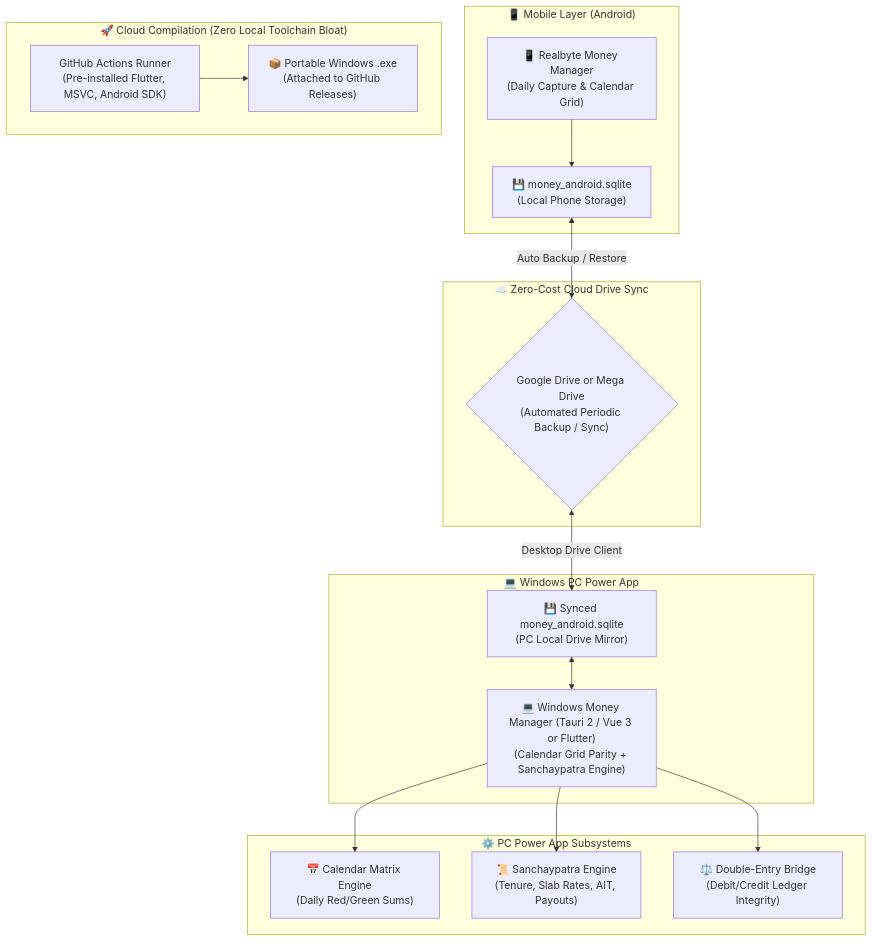
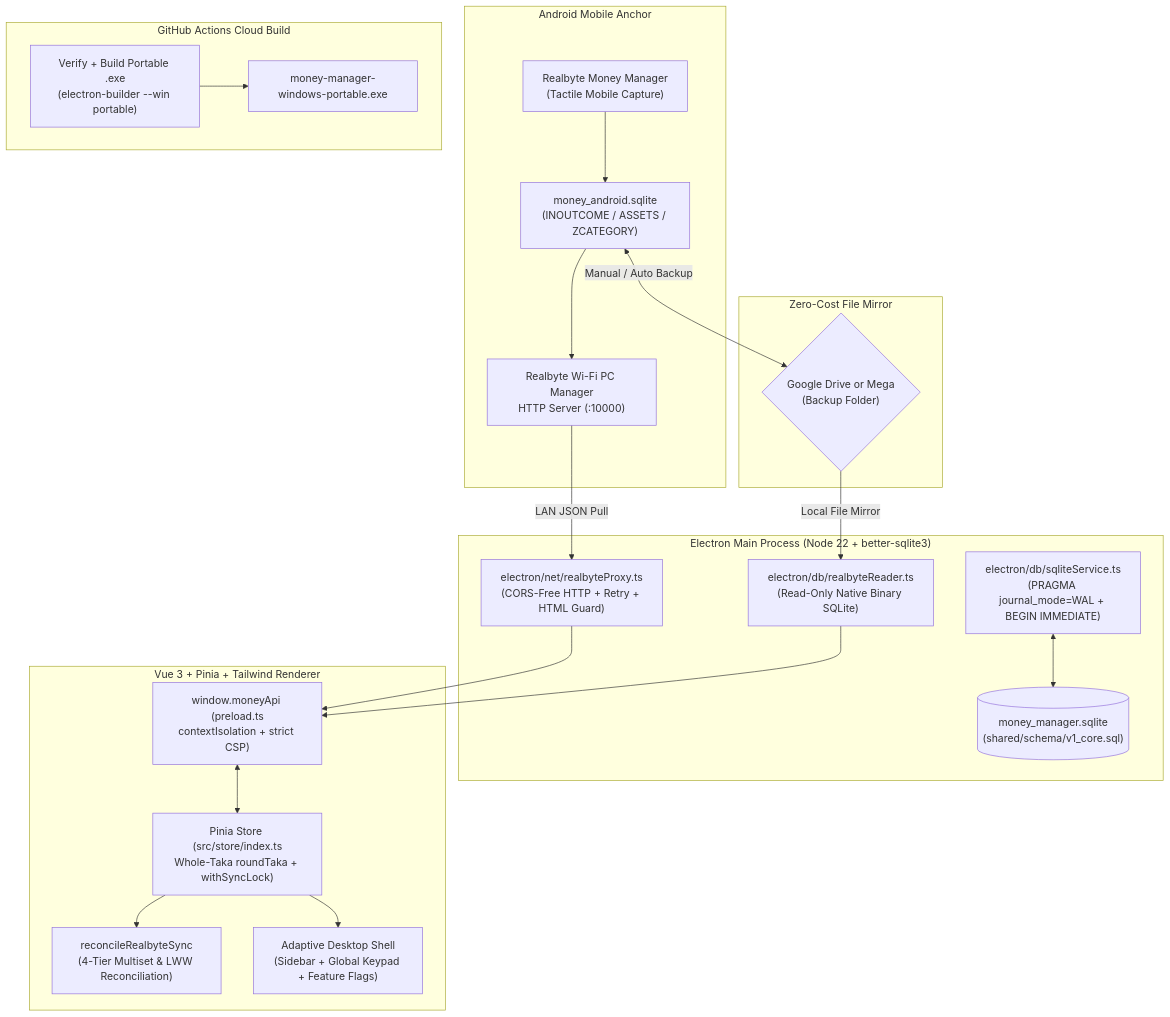
Before and after one commit to Mostakim2005/money-manager: the first of 2 diagrams in docs/ARCHITECTURE.md, drawn with Mermaid. The commit also changed other lines of this file and 105 other files, not shown here.

Commit message:
feat(electron,ui,sync): complete Batches 2-5 Electron SQLite WAL engine, Realbyte proxy, desktop UI, power modules, CI and docs

````diff
--- a/docs/ARCHITECTURE.md
+++ b/docs/ARCHITECTURE.md
@@ -6,35 +6,42 @@
 ```mermaid
 flowchart TB
-    subgraph Mobile["📱 Mobile Layer (Android)"]
-        RealbyteApp["📱 Realbyte Money Manager\n(Daily Capture & Calendar Grid)"]
-        LocalSQLite["💾 money_android.sqlite\n(Local Phone Storage)"]
-        RealbyteApp --> LocalSQLite
+    subgraph Mobile["Android Mobile Anchor"]
+        RealbyteApp["Realbyte Money Manager\n(Tactile Mobile Capture)"]
+        MobileSQLite["money_android.sqlite\n(INOUTCOME / ASSETS / ZCATEGORY)"]
+        WifiServer["Realbyte Wi-Fi PC Manager\nHTTP Server (:10000)"]
+        RealbyteApp --> MobileSQLite
+        MobileSQLite --> WifiServer
     end
 
-    subgraph CloudSync["☁️ Zero-Cost Cloud Drive Sync"]
-        DriveSync{"Google Drive or Mega Drive\n(Automated Periodic Backup / Sync)"}
-        LocalSQLite <-->|Auto Backup / Restore| DriveSync
+    subgraph CloudSync["Zero-Cost File Mirror"]
+        DriveSync{"Google Drive or Mega\n(Backup Folder)"}
+        MobileSQLite <-->|Manual / Auto Backup| DriveSync
     end
 
-    subgraph Desktop["💻 Windows PC Power App"]
-        PCApp["💻 Windows Money Manager (Tauri 2 / Vue 3 or Flutter)\n(Calendar Grid Parity + Sanchaypatra Engine)"]
-        PCSQLite["💾 Synced money_android.sqlite\n(PC Local Drive Mirror)"]
-        DriveSync <-->|Desktop Drive Client| PCSQLite
-        PCSQLite <--> PCApp
+    subgraph ElectronMain["Electron Main Process (Node 22 + better-sqlite3)"]
+        Proxy["electron/net/realbyteProxy.ts\n(CORS-Free HTTP + Retry + HTML Guard)"]
+        BinaryReader["electron/db/realbyteReader.ts\n(Read-Only Native Binary SQLite)"]
+        WalDb["electron/db/sqliteService.ts\n(PRAGMA journal_mode=WAL + BEGIN IMMEDIATE)"]
+        LocalDb[("money_manager.sqlite\n(shared/schema/v1_core.sql)")]
+        WifiServer -->|LAN JSON Pull| Proxy
+        DriveSync -->|Local File Mirror| BinaryReader
+        WalDb <--> LocalDb
     end
 
-    subgraph Subsystems["⚙️ PC Power App Subsystems"]
-        CalendarEngine["📅 Calendar Matrix Engine\n(Daily Red/Green Sums)"]
-        SanchaypatraEngine["📜 Sanchaypatra Engine\n(Tenure, Slab Rates, AIT, Payouts)"]
-        DoubleEntryBridge["⚖️ Double-Entry Bridge\n(Debit/Credit Ledger Integrity)"]
-        PCApp --> CalendarEngine
-        PCApp --> SanchaypatraEngine
-        PCApp --> DoubleEntryBridge
+    subgraph Renderer["Vue 3 + Pinia + Tailwind Renderer"]
+        Bridge["window.moneyApi (preload.ts\ncontextIsolation + strict CSP)"]
+        Store["Pinia Store (src/store/index.ts\nWhole-Taka roundTaka + withSyncLock)"]
+        Reconciler["reconcileRealbyteSync\n(4-Tier Multiset & LWW Reconciliation)"]
+        UI["Adaptive Desktop Shell\n(Sidebar + Global Keypad + Feature Flags)"]
+        Proxy --> Bridge
+        BinaryReader --> Bridge
+        Bridge <--> Store
+        Store --> Reconciler
+        Store --> UI
     end
 
-    subgraph CI["🚀 Cloud Compilation (Zero Local Toolchain Bloat)"]
-        GitHubActions["GitHub Actions Runner\n(Pre-installed Flutter, MSVC, Android SDK)"]
-        Release["📦 Portable Windows .exe\n(Attached to GitHub Releases)"]
-        GitHubActions --> Release
+    subgraph CI["GitHub Actions Cloud Build"]
+        Actions["Verify + Build Portable .exe\n(electron-builder --win portable)"]
+        Actions --> Release["money-manager-windows-portable.exe"]
     end
 ```
````
